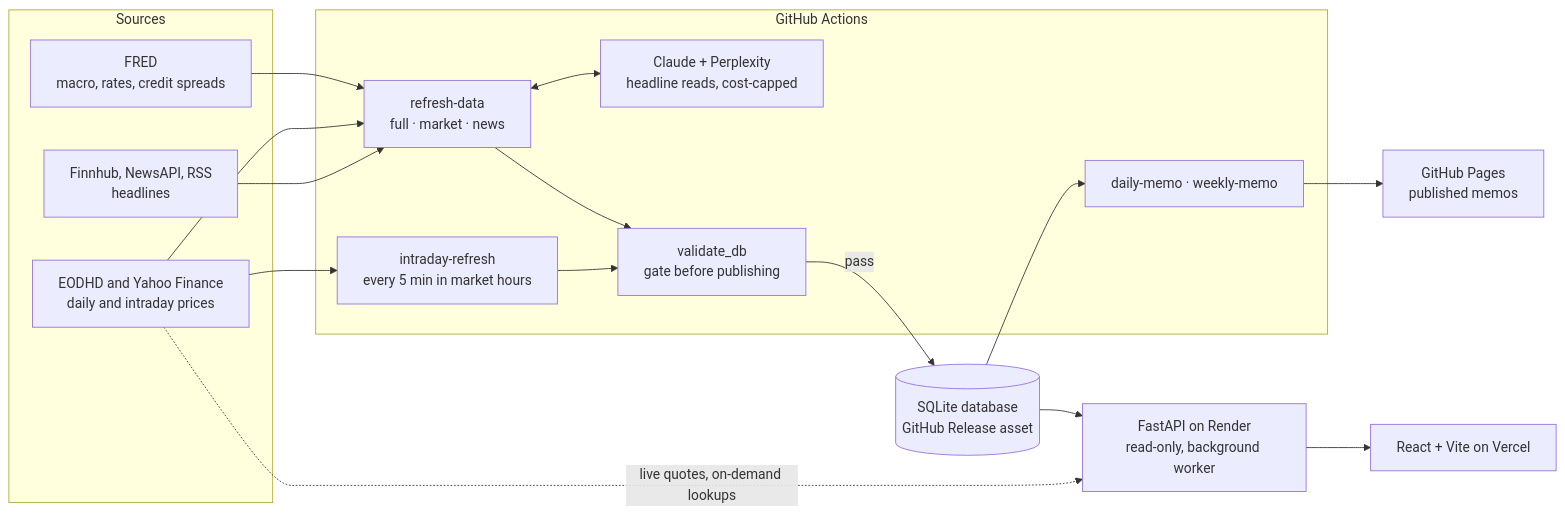
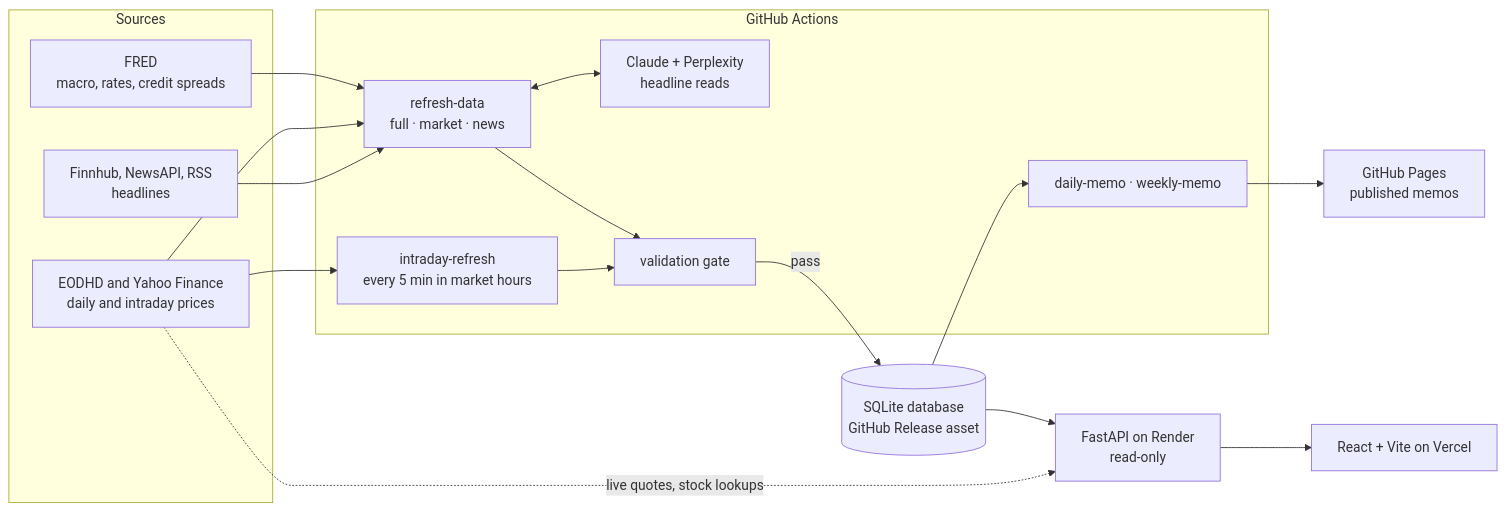
Before and after one commit to maxkomen-macro/macro-regime-radar: the diagram in README.md, drawn with Mermaid. The commit also changed other lines of this file and 5 other files, not shown here.

````diff
--- a/README.md
+++ b/README.md
@@ -60,34 +74,34 @@
 ```mermaid
 flowchart LR
     subgraph Sources
         FRED["FRED<br/>macro, rates, credit spreads"]
         MKT["EODHD and Yahoo Finance<br/>daily and intraday prices"]
         NEWS["Finnhub, NewsAPI, RSS<br/>headlines"]
     end
 
     subgraph Pipeline["GitHub Actions"]
         REF["refresh-data<br/>full · market · news"]
         INTRA["intraday-refresh<br/>every 5 min in market hours"]
-        AI["Claude + Perplexity<br/>headline reads, cost-capped"]
-        VAL["validate_db<br/>gate before publishing"]
+        AI["Claude + Perplexity<br/>headline reads"]
+        VAL["validation gate"]
         MEMO["daily-memo · weekly-memo"]
     end
 
     REL[("SQLite database<br/>GitHub Release asset")]
-    API["FastAPI on Render<br/>read-only, background worker"]
+    API["FastAPI on Render<br/>read-only"]
     WEB["React + Vite on Vercel"]
     PAGES["GitHub Pages<br/>published memos"]
 
     FRED --> REF
     MKT --> REF
     MKT --> INTRA
     NEWS --> REF
     REF <--> AI
     REF --> VAL
     INTRA --> VAL
     VAL -->|pass| REL
     REL --> MEMO --> PAGES
     REL --> API
-    MKT -.->|live quotes, on-demand lookups| API
+    MKT -.->|live quotes, stock lookups| API
     API --> WEB
 ```
````
